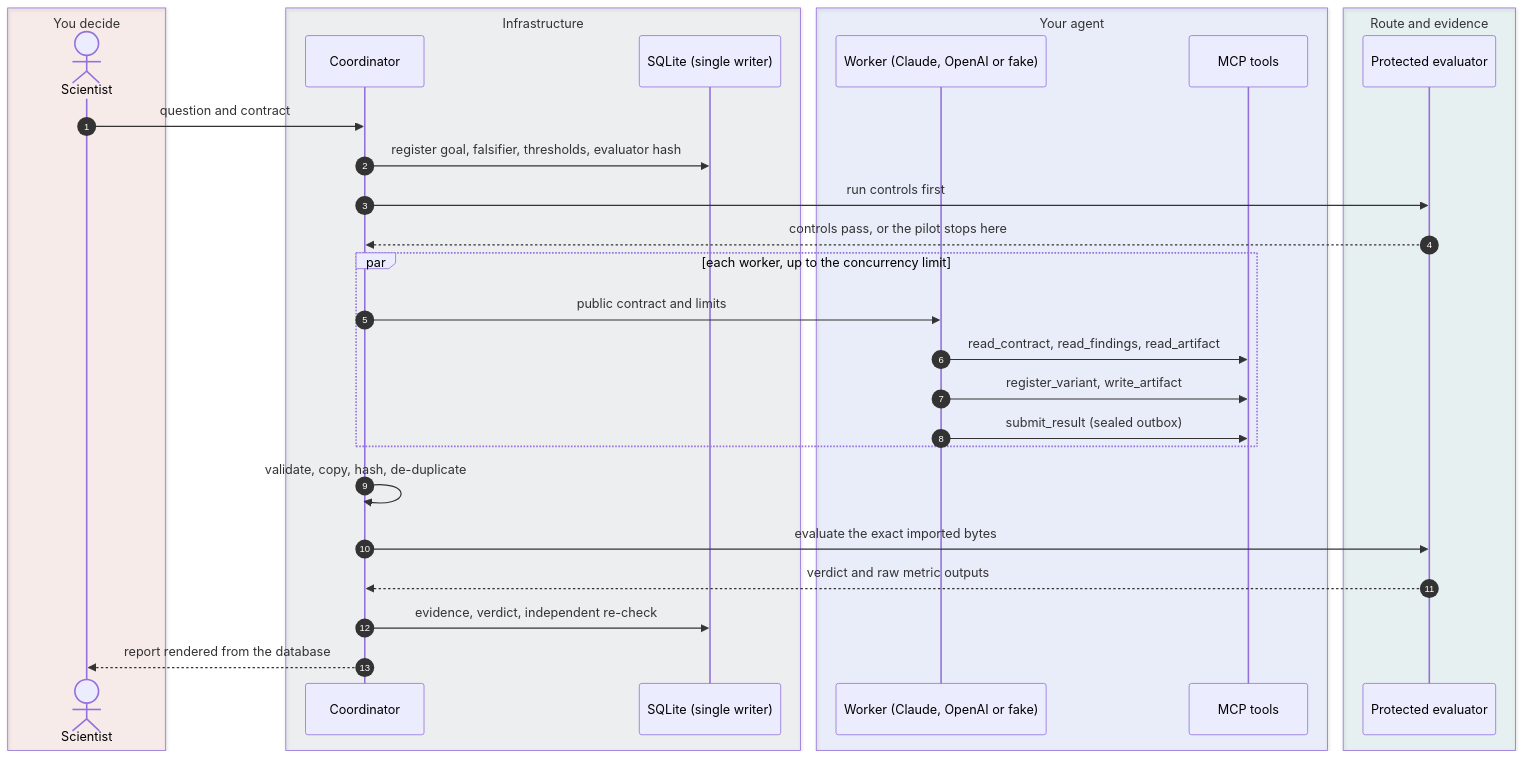
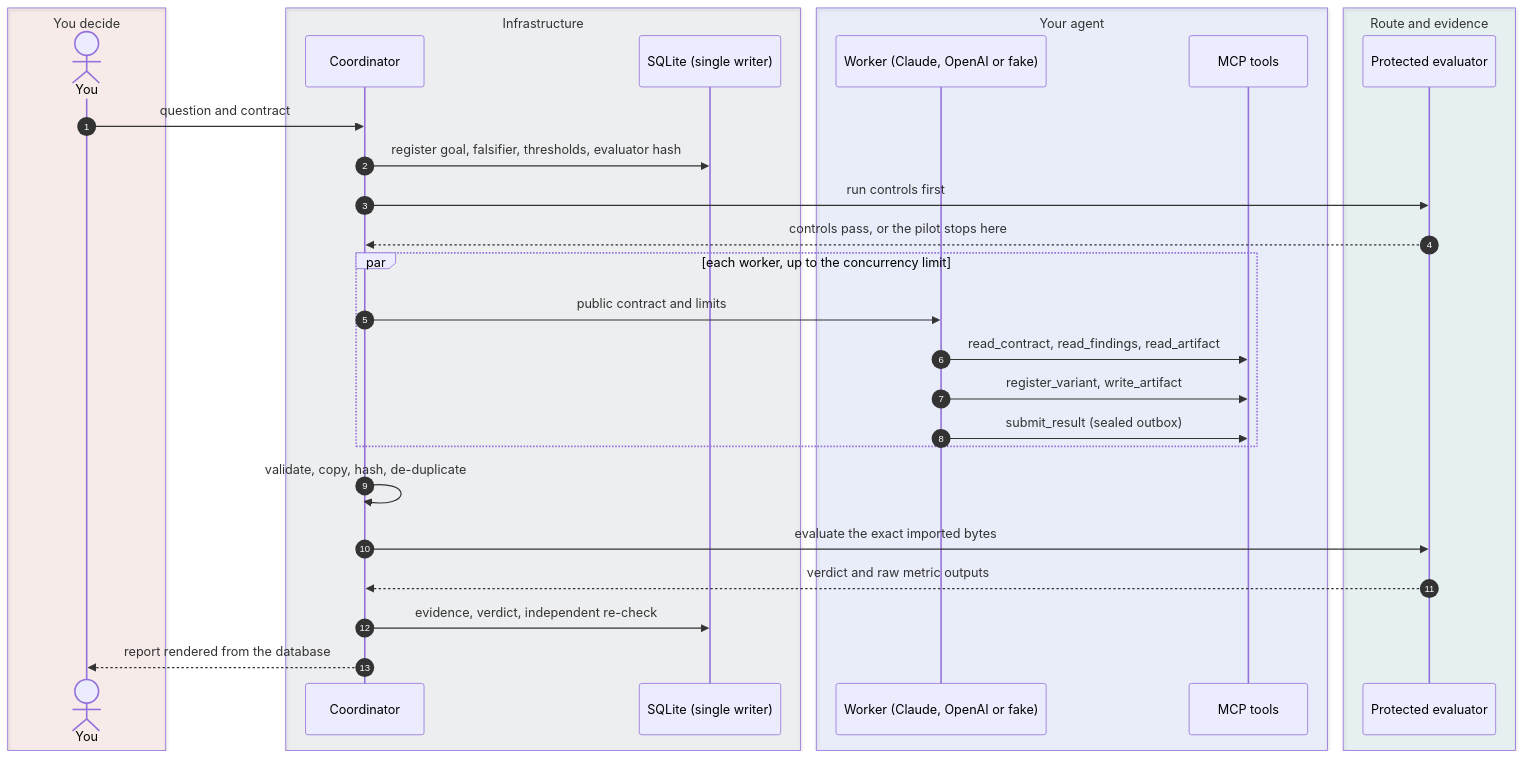
The first of 3 diagrams in README.md (FabianJun/open-research-loops), drawn with Mermaid before and after one commit. The commit also changed other lines of this file and 4 other files, not shown here.

````diff
--- a/README.md
+++ b/README.md
@@ -179,33 +157,33 @@
 ```mermaid
 sequenceDiagram
     autonumber
     box rgba(196,67,43,0.08) You decide
-        actor S as Scientist
+        actor S as You
     end
     box rgba(89,99,110,0.08) Infrastructure
         participant C as Coordinator
         participant DB as SQLite (single writer)
     end
     box rgba(47,91,234,0.08) Your agent
         participant W as Worker (Claude, OpenAI or fake)
         participant T as MCP tools
     end
     box rgba(14,124,123,0.08) Route and evidence
         participant E as Protected evaluator
     end
     S->>C: question and contract
     C->>DB: register goal, falsifier, thresholds, evaluator hash
     C->>E: run controls first
     E-->>C: controls pass, or the pilot stops here
     par each worker, up to the concurrency limit
         C->>W: public contract and limits
         W->>T: read_contract, read_findings, read_artifact
         W->>T: register_variant, write_artifact
         W->>T: submit_result (sealed outbox)
     end
     C->>C: validate, copy, hash, de-duplicate
     C->>E: evaluate the exact imported bytes
     E-->>C: verdict and raw metric outputs
     C->>DB: evidence, verdict, independent re-check
     C-->>S: report rendered from the database
 ```
````
